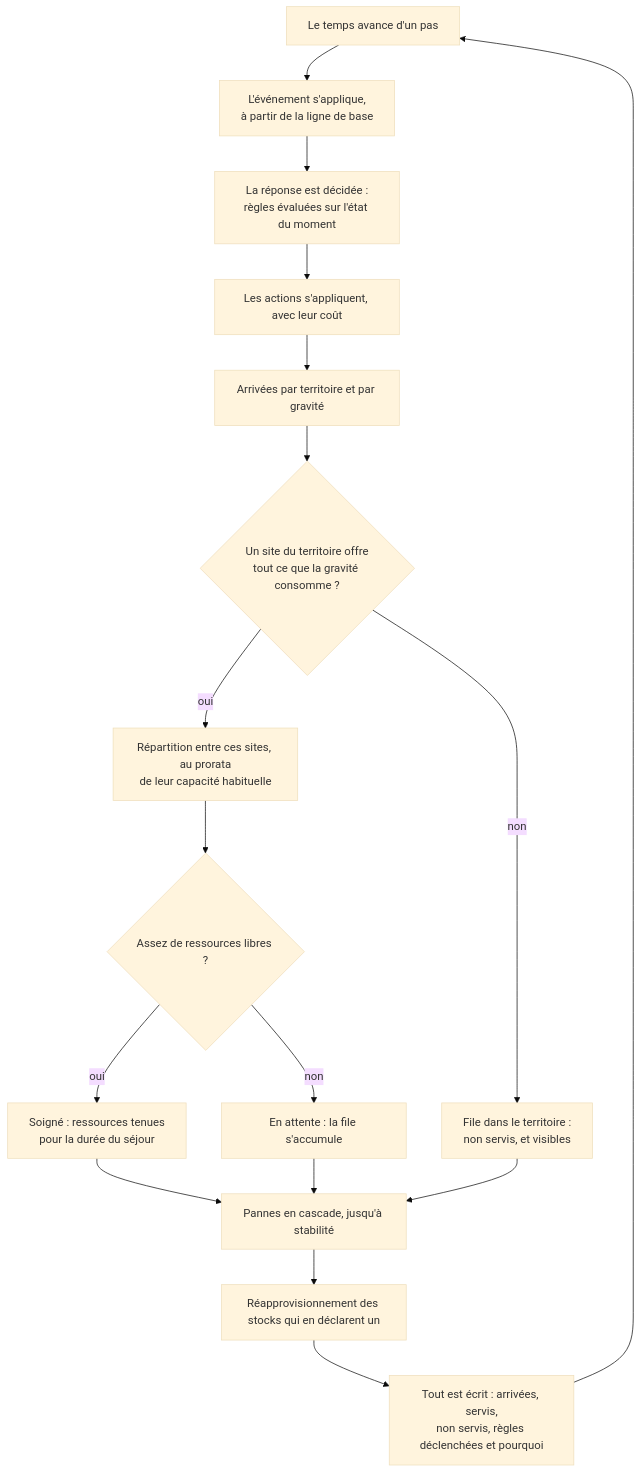
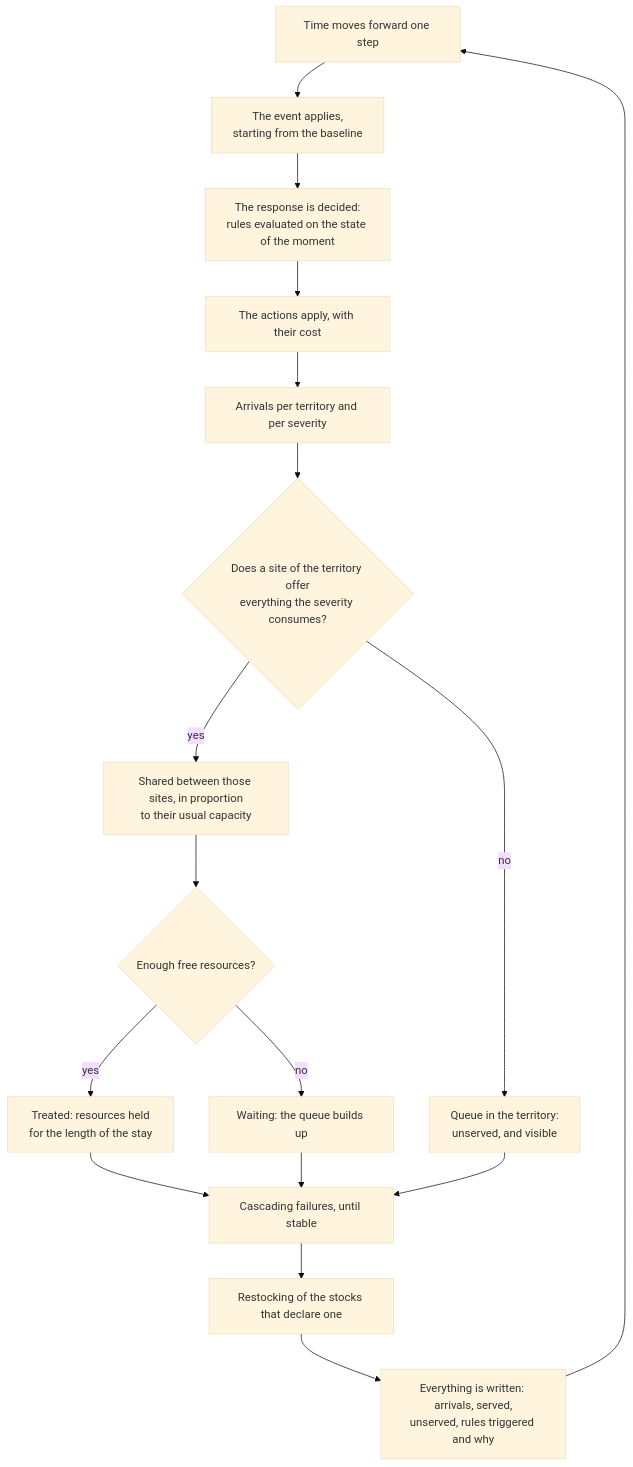
One commit to V1ktor7/obscyro changed diagram 13 of 30 in frontend/content/docs/product/algorithms.md. Above: the diagram before and after it, drawn with Mermaid (base theme). The commit also changed other lines of this file and 15 other files, not shown here.

First line of the commit message:
feat(site): les pages produit du site passent en anglais

````diff
--- a/frontend/content/docs/product/algorithms.md
+++ b/frontend/content/docs/product/algorithms.md
@@ -485,19 +486,19 @@
 ```mermaid
 flowchart TD
-    A["Le temps avance d'un pas"] --> B["L'événement s'applique,<br/>à partir de la ligne de base"]
-    B --> C["La réponse est décidée :<br/>règles évaluées sur l'état du moment"]
-    C --> D["Les actions s'appliquent, avec leur coût"]
-    D --> E["Arrivées par territoire et par gravité"]
-    E --> F{"Un site du territoire offre<br/>tout ce que la gravité consomme ?"}
-    F -->|"oui"| G["Répartition entre ces sites, au prorata<br/>de leur capacité habituelle"]
-    F -->|"non"| H["File dans le territoire :<br/>non servis, et visibles"]
-    G --> I{"Assez de ressources libres ?"}
-    I -->|"oui"| J["Soigné : ressources tenues<br/>pour la durée du séjour"]
-    I -->|"non"| K["En attente : la file s'accumule"]
-    J --> L["Pannes en cascade, jusqu'à stabilité"]
+    A["Time moves forward one step"] --> B["The event applies,<br/>starting from the baseline"]
+    B --> C["The response is decided:<br/>rules evaluated on the state of the moment"]
+    C --> D["The actions apply, with their cost"]
+    D --> E["Arrivals per territory and per severity"]
+    E --> F{"Does a site of the territory offer<br/>everything the severity consumes?"}
+    F -->|"yes"| G["Shared between those sites, in proportion<br/>to their usual capacity"]
+    F -->|"no"| H["Queue in the territory:<br/>unserved, and visible"]
+    G --> I{"Enough free resources?"}
+    I -->|"yes"| J["Treated: resources held<br/>for the length of the stay"]
+    I -->|"no"| K["Waiting: the queue builds up"]
+    J --> L["Cascading failures, until stable"]
     K --> L
     H --> L
-    L --> R["Réapprovisionnement des stocks qui en déclarent un"]
-    R --> M["Tout est écrit : arrivées, servis,<br/>non servis, règles déclenchées et pourquoi"]
+    L --> R["Restocking of the stocks that declare one"]
+    R --> M["Everything is written: arrivals, served,<br/>unserved, rules triggered and why"]
     M --> A
 ```
````
